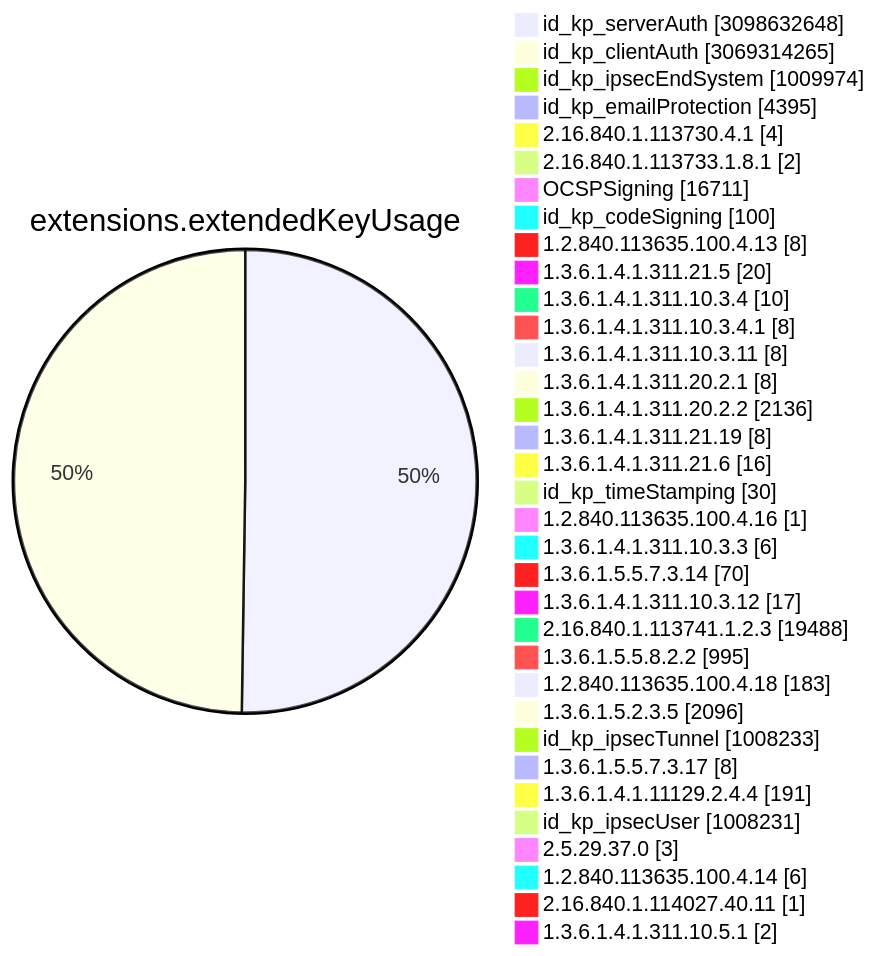
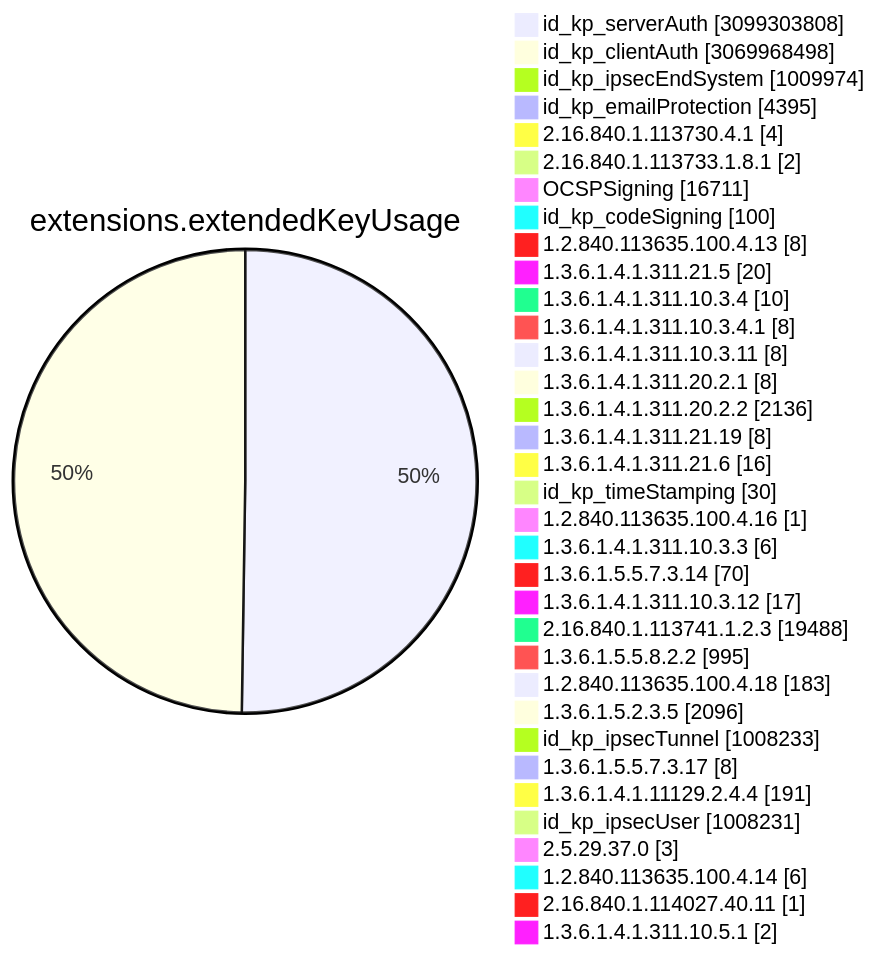
One commit to christiankrug/ctmonitor_visualization changed diagram 11 of 15 in TOTAL/README.md. Above: the diagram before and after it, drawn with Mermaid. The commit also changed other lines of this file, not shown here.

````diff
--- a/TOTAL/README.md
+++ b/TOTAL/README.md
@@ -4119,38 +4119,38 @@
 ```mermaid
 pie showData
 title extensions.extendedKeyUsage
-"id_kp_serverAuth" :3098632648
-"id_kp_clientAuth" :3069314265
+"id_kp_serverAuth" :3099303808
+"id_kp_clientAuth" :3069968498
 "id_kp_ipsecEndSystem" :1009974
 "id_kp_emailProtection" :4395
 "2.16.840.1.113730.4.1" :4
 "2.16.840.1.113733.1.8.1" :2
 "OCSPSigning" :16711
 "id_kp_codeSigning" :100
 "1.2.840.113635.100.4.13" :8
 "1.3.6.1.4.1.311.21.5" :20
 "1.3.6.1.4.1.311.10.3.4" :10
 "1.3.6.1.4.1.311.10.3.4.1" :8
 "1.3.6.1.4.1.311.10.3.11" :8
 "1.3.6.1.4.1.311.20.2.1" :8
 "1.3.6.1.4.1.311.20.2.2" :2136
 "1.3.6.1.4.1.311.21.19" :8
 "1.3.6.1.4.1.311.21.6" :16
 "id_kp_timeStamping" :30
 "1.2.840.113635.100.4.16" :1
 "1.3.6.1.4.1.311.10.3.3" :6
 "1.3.6.1.5.5.7.3.14" :70
 "1.3.6.1.4.1.311.10.3.12" :17
 "2.16.840.1.113741.1.2.3" :19488
 "1.3.6.1.5.5.8.2.2" :995
 "1.2.840.113635.100.4.18" :183
 "1.3.6.1.5.2.3.5" :2096
 "id_kp_ipsecTunnel" :1008233
 "1.3.6.1.5.5.7.3.17" :8
 "1.3.6.1.4.1.11129.2.4.4" :191
 "id_kp_ipsecUser" :1008231
 "2.5.29.37.0" :3
 "1.2.840.113635.100.4.14" :6
 "2.16.840.1.114027.40.11" :1
 "1.3.6.1.4.1.311.10.5.1" :2
 ```
````
